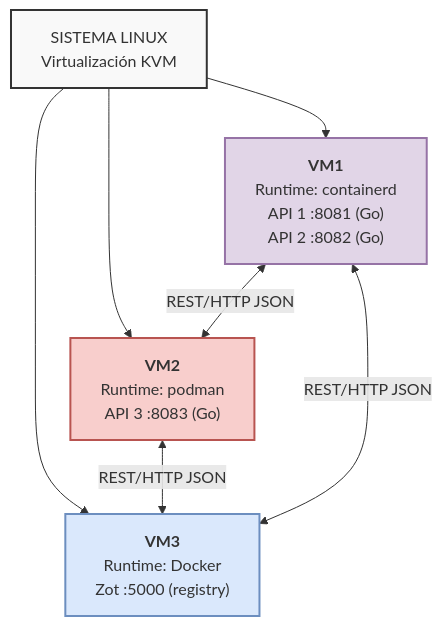
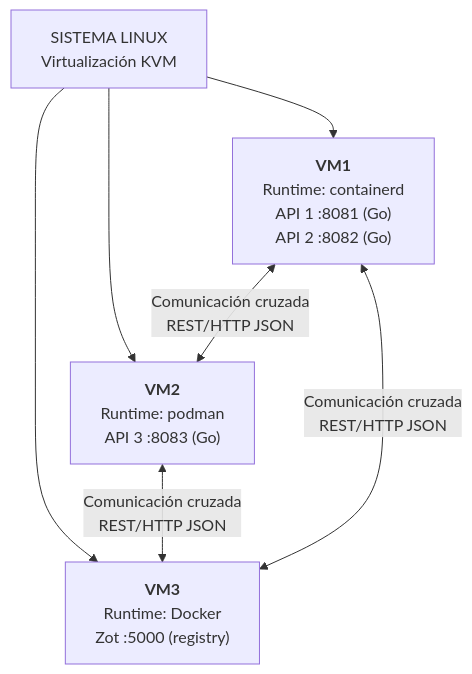
The diagram in Proyecto1/README.md (SergioJR2/202207999_LAB_SO1_2S2026), drawn with Mermaid before and after one commit. The commit also changed 1 other file, not shown here.

Commit message:
diagrama de arqui

````diff
--- a/Proyecto1/README.md
+++ b/Proyecto1/README.md
@@ -26,20 +26,16 @@
 ```mermaid
 graph TD
     Host["SISTEMA LINUX<br>Virtualización KVM"]
+
     VM1["<b>VM1</b><br>Runtime: containerd<br>API 1 :8081 (Go)<br>API 2 :8082 (Go)"]
     VM2["<b>VM2</b><br>Runtime: podman<br>API 3 :8083 (Go)"]
     VM3["<b>VM3</b><br>Runtime: Docker<br>Zot :5000 (registry)"]
 
     Host --> VM1
     Host --> VM2
     Host --> VM3
 
-    VM1 <-->|REST/HTTP JSON| VM2
-    VM2 <-->|REST/HTTP JSON| VM3
-    VM1 <-->|REST/HTTP JSON| VM3
-
-    style Host fill:#f9f9f9,stroke:#333,stroke-width:2px
-    style VM1 fill:#e1d5e7,stroke:#9673a6,stroke-width:2px
-    style VM2 fill:#f8cecc,stroke:#b85450,stroke-width:2px
-    style VM3 fill:#dae8fc,stroke:#6c8ebf,stroke-width:2px
+    VM1 <-->|Comunicación cruzada<br>REST/HTTP JSON| VM2
+    VM2 <-->|Comunicación cruzada<br>REST/HTTP JSON| VM3
+    VM1 <-->|Comunicación cruzada<br>REST/HTTP JSON| VM3
 ```
````
